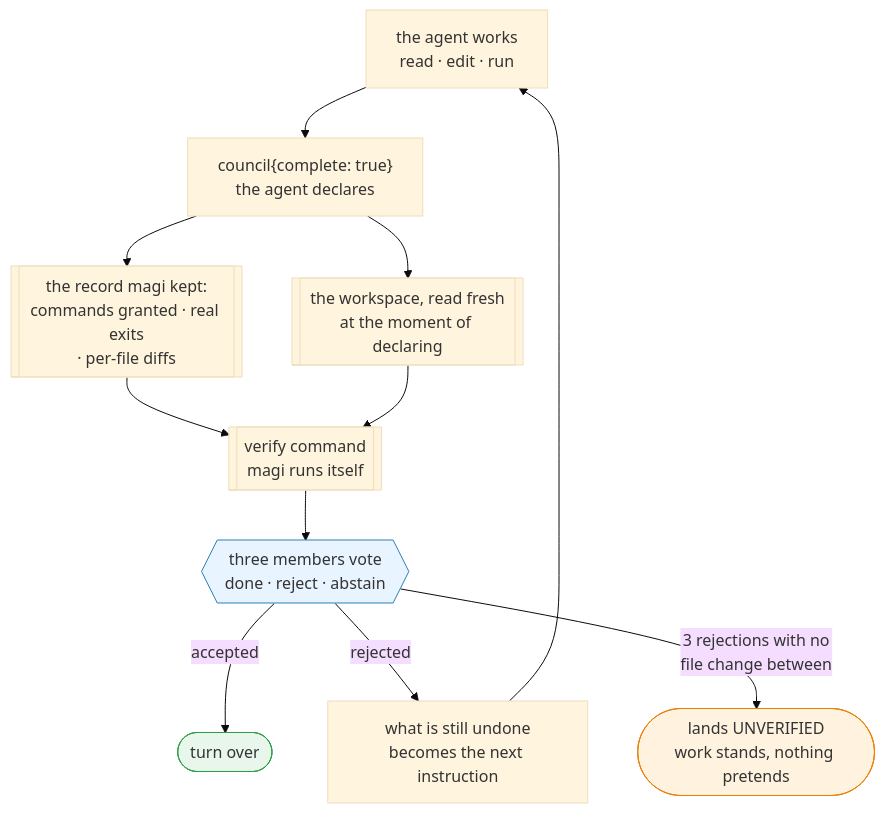
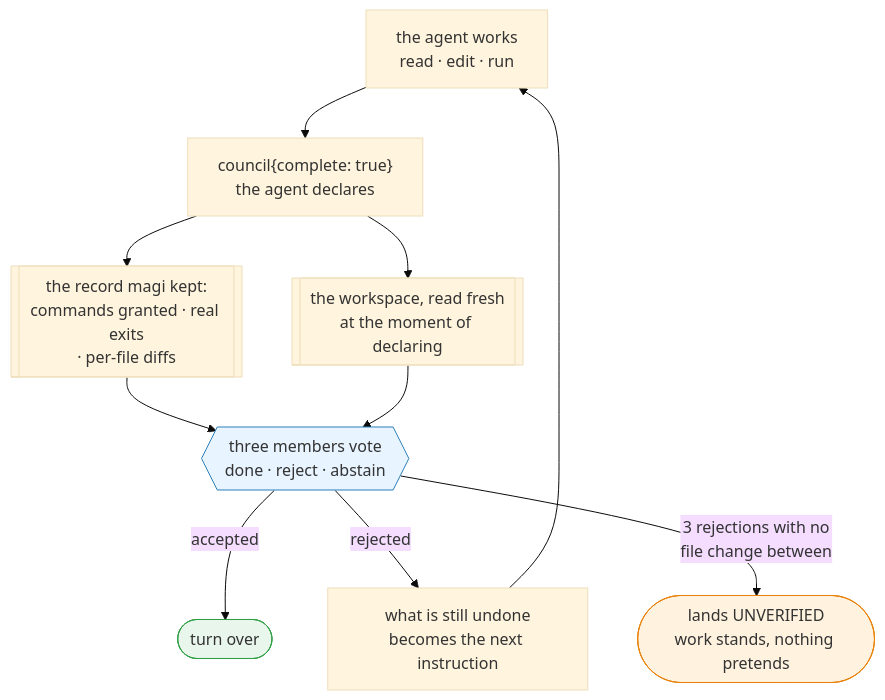
The eighth of 19 diagrams in docs/MANUAL.md (sayaya1090/magi), drawn with Mermaid (base theme) before and after one commit. The commit also changed other lines of this file and 11 other files, not shown here.

````diff
--- a/docs/MANUAL.md
+++ b/docs/MANUAL.md
@@ -1229,16 +1229,15 @@
 ```mermaid
 flowchart TD
     S[the agent works<br/>read · edit · run] --> D["council{complete: true}<br/>the agent declares"]
     D --> REC[[the record magi kept:<br/>commands granted · real exits<br/>· per-file diffs]]
     D --> NOW[[the workspace, read fresh<br/>at the moment of declaring]]
-    REC --> V[[verify command<br/>magi runs itself]]
-    NOW --> V
-    V --> M{{three members vote<br/>done · reject · abstain}}
+    REC --> M{{three members vote<br/>done · reject · abstain}}
+    NOW --> M
     M -->|accepted| E([turn over])
     M -->|rejected| FB[what is still undone<br/>becomes the next instruction] --> S
     M -->|3 rejections with no<br/>file change between| U([lands UNVERIFIED<br/>work stands, nothing pretends])
 
     style E fill:#e8f6ec,stroke:#2f9e44
     style U fill:#fff3e0,stroke:#e8820c
     style M fill:#e8f4ff,stroke:#2c7fb8
 ```
````
